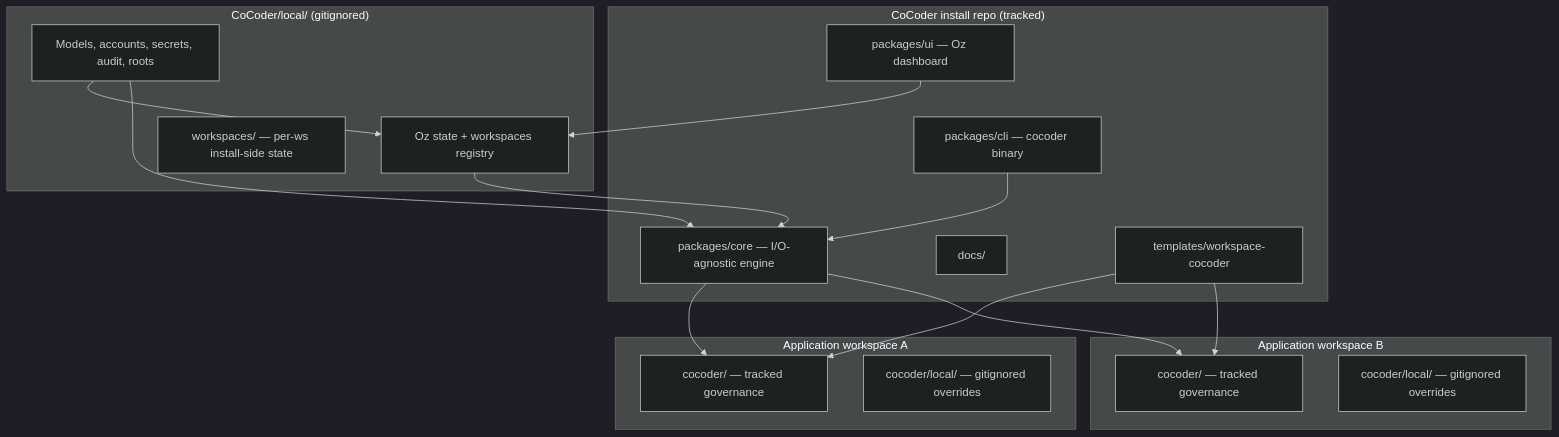
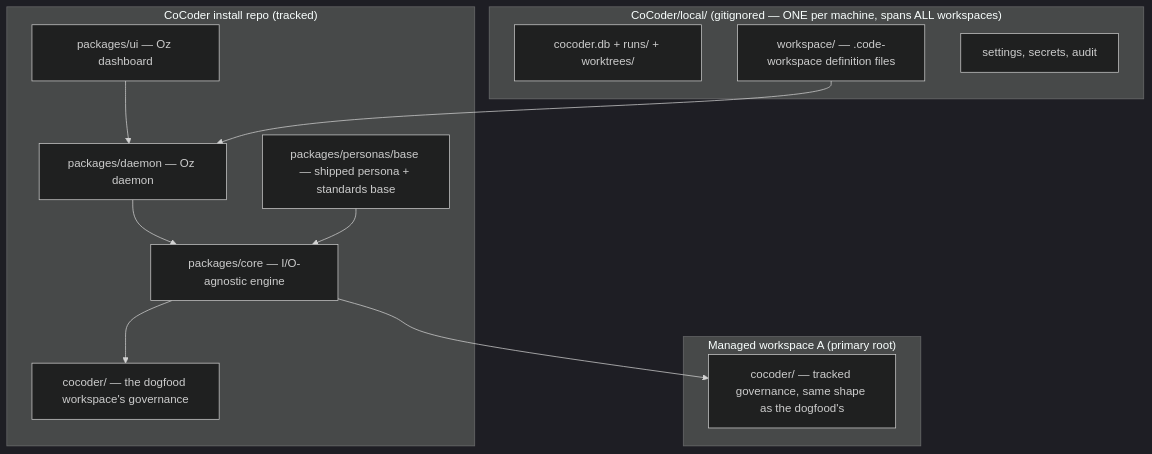
Before and after one commit to BadGuyFranco/cocoder: the diagram in ARCHITECTURE.md, drawn with Mermaid (dark theme). The commit also changed other lines of this file and 6 other files, not shown here.

````diff
--- a/ARCHITECTURE.md
+++ b/ARCHITECTURE.md
@@ -10,36 +10,27 @@
 ```mermaid
 flowchart TB
   subgraph install ["CoCoder install repo (tracked)"]
     Core[packages/core — I/O-agnostic engine]
-    Cli[packages/cli — cocoder binary]
+    Daemon[packages/daemon — Oz daemon]
     Dash[packages/ui — Oz dashboard]
-    Docs[docs/]
-    Tpl[templates/workspace-cocoder]
+    Base[packages/personas/base — shipped persona + standards base]
+    Dogfood[cocoder/ — the dogfood workspace's governance]
   end
 
-  subgraph installLocal ["CoCoder/local/ (gitignored)"]
-    Oz[Oz state + workspaces registry]
-    Wsps[workspaces/ — per-ws install-side state]
-    Prefs[Models, accounts, secrets, audit, roots]
+  subgraph installLocal ["CoCoder/local/ (gitignored — ONE per machine, spans ALL workspaces)"]
+    Db[cocoder.db + runs/ + worktrees/]
+    Wsp[workspace/ — .code-workspace definition files]
+    Prefs[settings, secrets, audit]
   end
 
-  subgraph wsA ["Application workspace A"]
-    CA[cocoder/ — tracked governance]
-    CALA[cocoder/local/ — gitignored overrides]
+  subgraph wsA ["Managed workspace A (primary root)"]
+    CA[cocoder/ — tracked governance, same shape as the dogfood's]
   end
 
-  subgraph wsB ["Application workspace B"]
-    CB[cocoder/ — tracked governance]
-    CBLB[cocoder/local/ — gitignored overrides]
-  end
-
-  Dash --> Oz
-  Oz --> Core
-  Cli --> Core
+  Dash --> Daemon
+  Daemon --> Core
+  Core --> Dogfood
   Core --> CA
-  Core --> CB
-  Prefs --> Oz
-  Prefs --> Core
-  Tpl --> CA
-  Tpl --> CB
+  Wsp --> Daemon
+  Base --> Core
 ```
````
